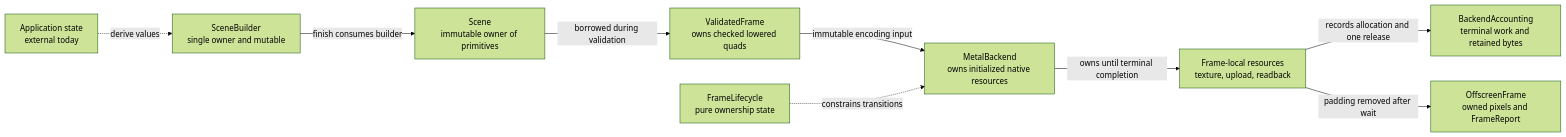
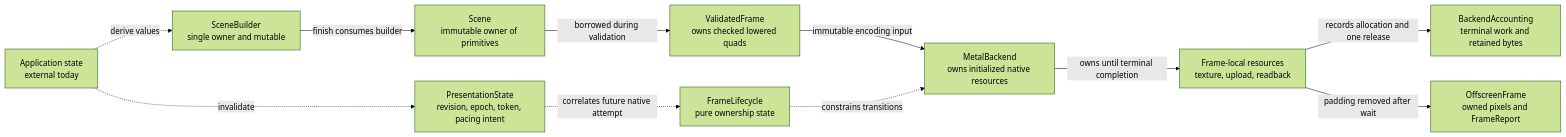
Before and after one commit to dbuddha/alpine-gpui: the second of 7 diagrams in ARCHITECTURE.md, drawn with Mermaid (forest theme). The commit also changed other lines of this file and 10 other files, not shown here.

````diff
--- a/ARCHITECTURE.md
+++ b/ARCHITECTURE.md
@@ -112,21 +125,24 @@
 ```mermaid
 flowchart LR
     state["Application state<br/>external today"]
+    presentation["PresentationState<br/>revision, epoch, token, pacing intent"]
     builder["SceneBuilder<br/>single owner and mutable"]
     snapshot["Scene<br/>immutable owner of primitives"]
     plan["ValidatedFrame<br/>owns checked lowered quads"]
     lifecycle["FrameLifecycle<br/>pure ownership state"]
     renderer["MetalBackend<br/>owns initialized native resources"]
     resources["Frame-local resources<br/>texture, upload, readback"]
     accounting["BackendAccounting<br/>terminal work and retained bytes"]
     result["OffscreenFrame<br/>owned pixels and FrameReport"]
 
+    state -. "invalidate" .-> presentation
     state -. "derive values" .-> builder
+    presentation -. "correlates future native attempt" .-> lifecycle
     builder -->|"finish consumes builder"| snapshot
     snapshot -->|"borrowed during validation"| plan
     plan -->|"immutable encoding input"| renderer
     lifecycle -. "constrains transitions" .-> renderer
     renderer -->|"owns until terminal completion"| resources
     resources -->|"records allocation and one release"| accounting
     resources -->|"padding removed after wait"| result
 ```
````
